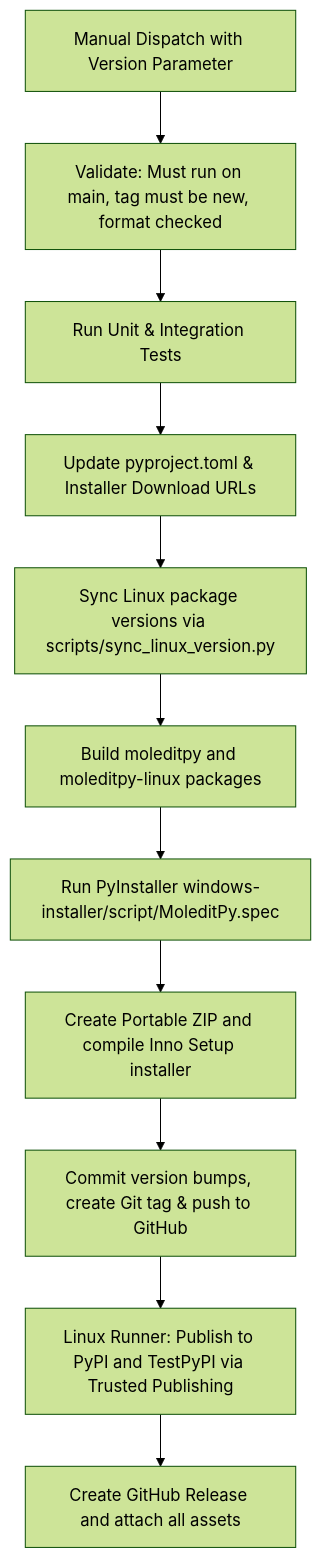
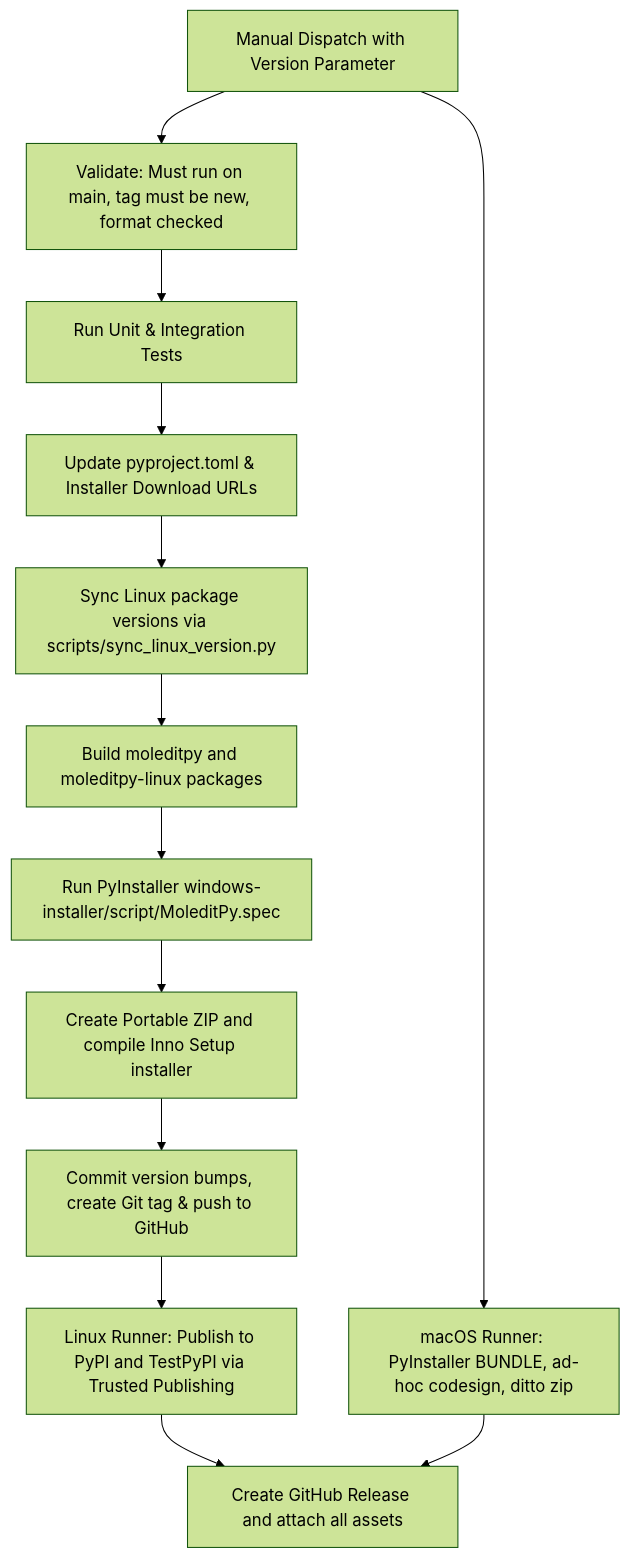
Before and after one commit to HiroYokoyama/python_molecular_editor: the diagram in .github/workflows/README.md, drawn with Mermaid (forest theme). The commit also changed other lines of this file and 10 other files, not shown here.

First line of the commit message:
Build and publish a macOS .app bundle on release

````diff
--- a/.github/workflows/README.md
+++ b/.github/workflows/README.md
@@ -126,13 +160,15 @@
 ```mermaid
 graph TD
     A[Manual Dispatch with Version Parameter] --> B[Validate: Must run on main, tag must be new, format checked]
     B --> C[Run Unit & Integration Tests]
     C --> D[Update pyproject.toml & Installer Download URLs]
     D --> E[Sync Linux package versions via scripts/sync_linux_version.py]
     E --> F[Build moleditpy and moleditpy-linux packages]
     F --> G[Run PyInstaller windows-installer/script/MoleditPy.spec]
     G --> H[Create Portable ZIP and compile Inno Setup installer]
     H --> I[Commit version bumps, create Git tag & push to GitHub]
     I --> J[Linux Runner: Publish to PyPI and TestPyPI via Trusted Publishing]
     J --> K[Create GitHub Release and attach all assets]
+    A --> L[macOS Runner: PyInstaller BUNDLE, ad-hoc codesign, ditto zip]
+    L --> K
 ```
````
